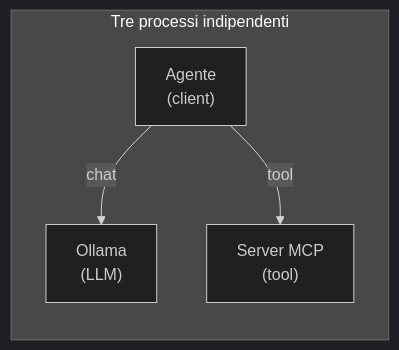
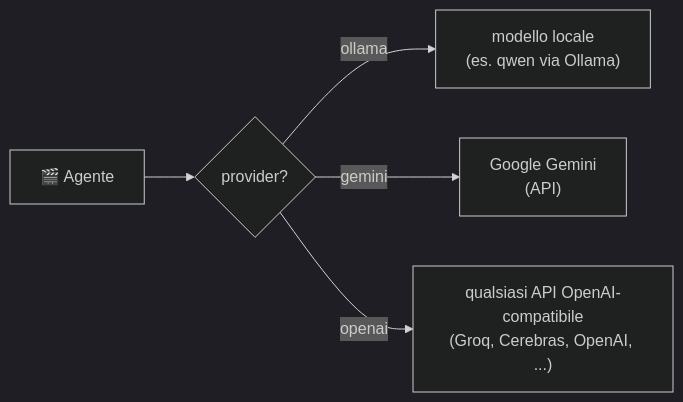
The fourth of 15 diagrams in documentazione/agent.md (iris-cmd22/Sibyl), drawn with Mermaid (dark theme) before and after one commit. The commit also changed other lines of this file and 3 other files, not shown here.

````diff
--- a/documentazione/agent.md
+++ b/documentazione/agent.md
@@ -88,10 +128,7 @@
 ```mermaid
 flowchart LR
-    subgraph proc["Tre processi indipendenti"]
-        A["Agente<br/>(client)"]
-        O["Ollama<br/>(LLM)"]
-        M["Server MCP<br/>(tool)"]
-    end
-    A -->|chat| O
-    A -->|tool| M
+    AG[🎬 Agente] --> F{provider?}
+    F -->|ollama| O["modello locale<br/>(es. qwen via Ollama)"]
+    F -->|gemini| G["Google Gemini<br/>(API)"]
+    F -->|openai| C["qualsiasi API OpenAI-compatibile<br/>(Groq, Cerebras, OpenAI, ...)"]
 ```
````
